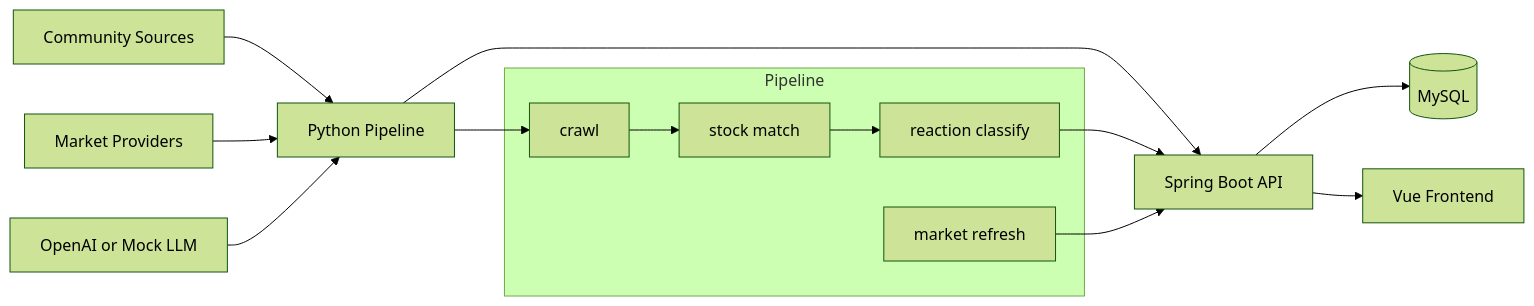
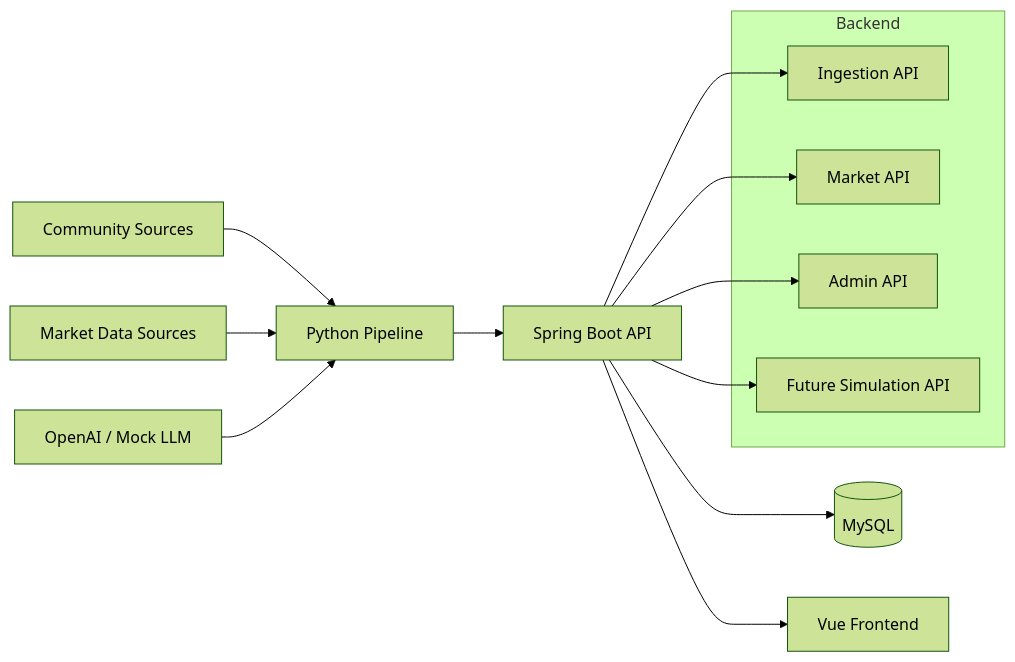
The second of 2 diagrams in README.md (99hyuk/YouBuyFirst_RealEstate), drawn with Mermaid (forest theme) before and after one commit. The commit also changed other lines of this file, not shown here.

````diff
--- a/README.md
+++ b/README.md
@@ -44,22 +78,22 @@
 ```mermaid
 flowchart LR
-  A["Community Sources"] --> B["Python Pipeline"]
-  C["Market Providers"] --> B
-  B --> D["Spring Boot API"]
-  D --> E[("MySQL")]
-  D --> F["Vue Frontend"]
-  G["OpenAI or Mock LLM"] --> B
+  S1["Community Sources"] --> P["Python Pipeline"]
+  S2["Market Data Sources"] --> P
+  L["OpenAI / Mock LLM"] --> P
 
-  subgraph Pipeline
-    B1["crawl"]
-    B2["stock match"]
-    B3["reaction classify"]
-    B4["market refresh"]
+  P --> API["Spring Boot API"]
+  API --> DB[("MySQL")]
+  API --> UI["Vue Frontend"]
+
+  subgraph Backend
+    API1["Ingestion API"]
+    API2["Market API"]
+    API3["Admin API"]
+    API4["Future Simulation API"]
   end
 
-  B --> B1
-  B1 --> B2
-  B2 --> B3
-  B3 --> D
-  B4 --> D
+  API --> API1
+  API --> API2
+  API --> API3
+  API --> API4
 ```
````
